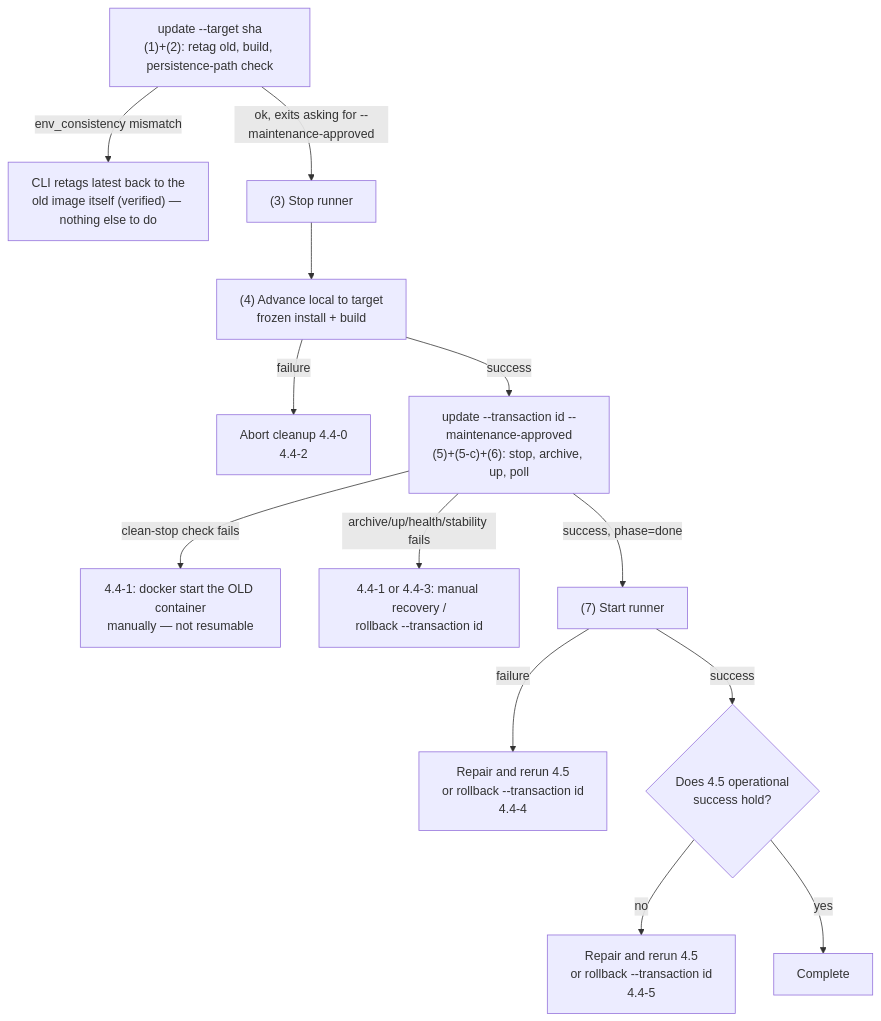
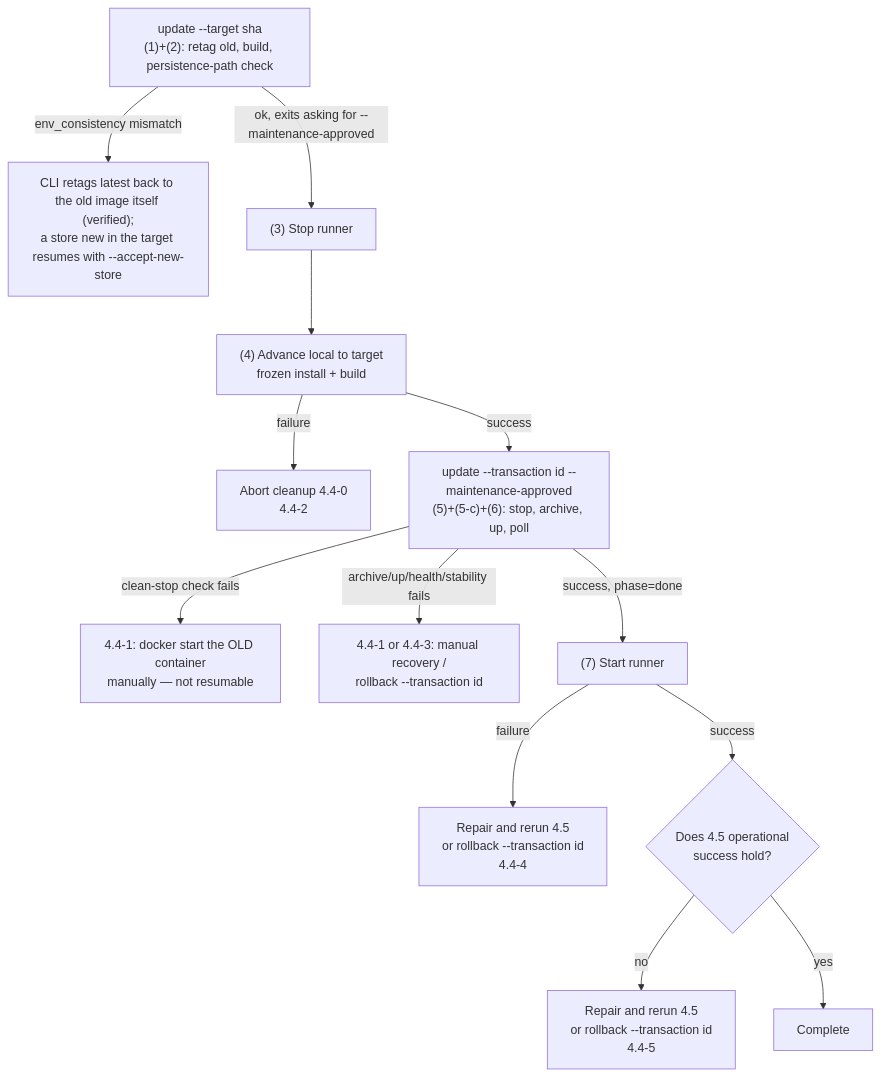
Before and after one commit to sakuraiyuta/kaoiro: the diagram in docs/operations/server-update-and-rollback.md, drawn with Mermaid. The commit also changed other lines of this file, not shown here.

First line of the commit message:
docs(deploy): document --accept-new-store and resuming a refused env_consistency check

````diff
--- a/docs/operations/server-update-and-rollback.md
+++ b/docs/operations/server-update-and-rollback.md
@@ -159,15 +164,15 @@
 ```mermaid
 flowchart TD
-  A["update --target sha<br/>(1)+(2): retag old, build, persistence-path check"] -->|env_consistency mismatch| R0["CLI retags latest back to the<br/>old image itself (verified) — nothing else to do"]
+  A["update --target sha<br/>(1)+(2): retag old, build, persistence-path check"] -->|env_consistency mismatch| R0["CLI retags latest back to the old image itself (verified);<br/>a store new in the target resumes with --accept-new-store"]
   A -->|ok, exits asking for --maintenance-approved| C["(3) Stop runner"]
   C --> D["(4) Advance local to target<br/>frozen install + build"]
   D -->|failure| R1["Abort cleanup 4.4-0<br/>4.4-2"]
   D -->|success| E["update --transaction id --maintenance-approved<br/>(5)+(5-c)+(6): stop, archive, up, poll"]
   E -->|clean-stop check fails| R5["4.4-1: docker start the OLD container<br/>manually — not resumable"]
   E -->|archive/up/health/stability fails| R3["4.4-1 or 4.4-3: manual recovery /<br/>rollback --transaction id"]
   E -->|success, phase=done| H["(7) Start runner"]
   H -->|failure| R4["Repair and rerun 4.5<br/>or rollback --transaction id<br/>4.4-4"]
   H -->|success| I{"Does 4.5 operational<br/>success hold?"}
   I -->|no| R6["Repair and rerun 4.5<br/>or rollback --transaction id<br/>4.4-5"]
   I -->|yes| Z["Complete"]
 ```
````
